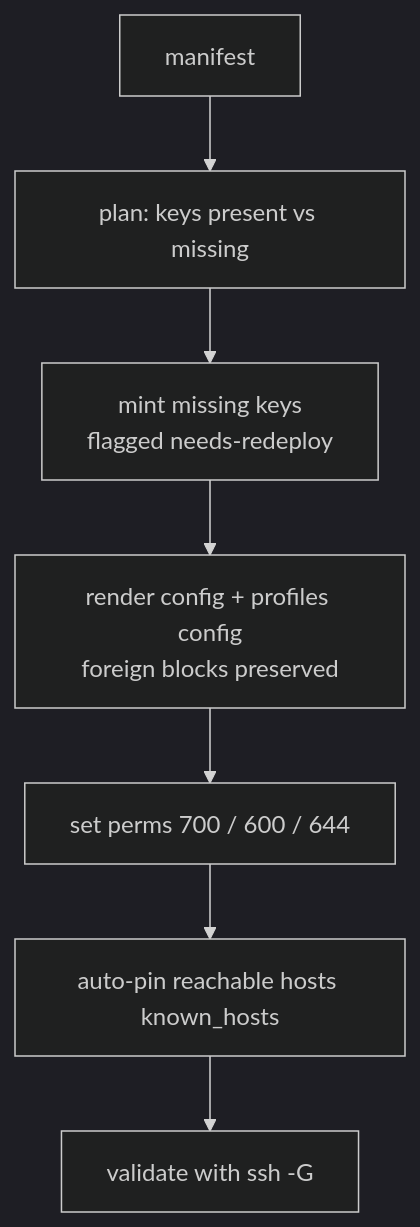
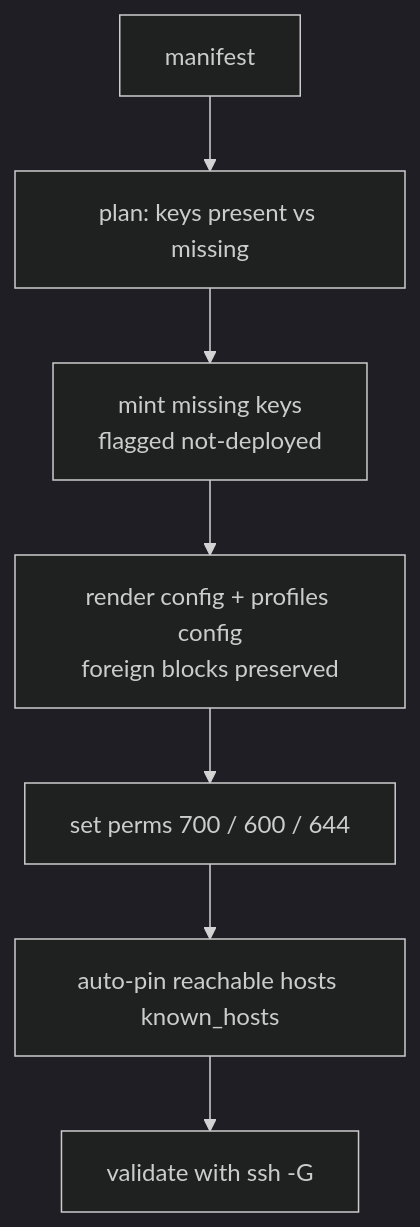
Before and after one commit to sangehq/authama: the fifth of 6 diagrams in docs/architecture.md, drawn with Mermaid (dark theme). The commit also changed 18 other files, not shown here.

First line of the commit message:
Show not-deployed for a key that was never deployed

````diff
--- a/docs/architecture.md
+++ b/docs/architecture.md
@@ -208,9 +208,9 @@
 ```mermaid
 flowchart TD
     MAN[manifest] --> PLAN[plan: keys present vs missing]
-    PLAN --> MINT[mint missing keys<br/>flagged needs-redeploy]
+    PLAN --> MINT[mint missing keys<br/>flagged not-deployed]
     MINT --> REN[render config + profiles config<br/>foreign blocks preserved]
     REN --> PER[set perms 700 / 600 / 644]
     PER --> PIN[auto-pin reachable hosts known_hosts]
     PIN --> GV[validate with ssh -G]
 ```
````
